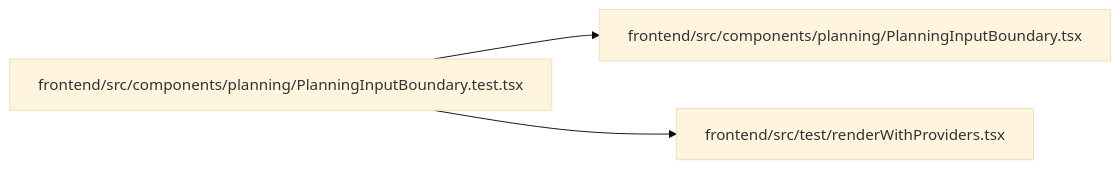
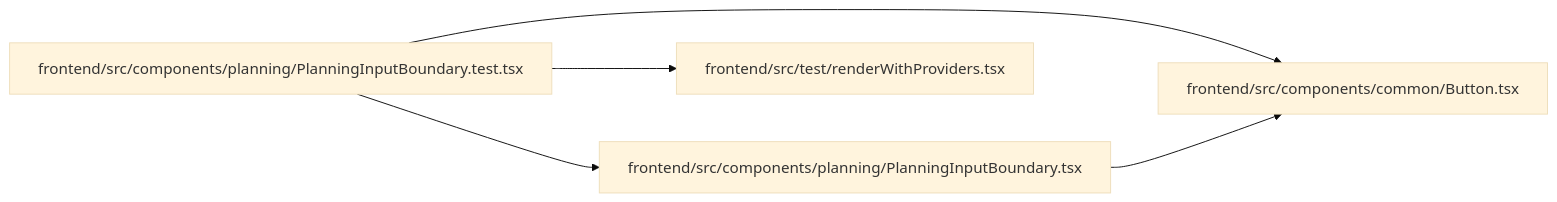
The diagram in docs/llm_wiki/modules/PlanningInputBoundary.test.md (Denissvgn/WorkChord), drawn with Mermaid (base theme) before and after one commit. The commit also changed other lines of this file and 2373 other files, not shown here.

````diff
--- a/docs/llm_wiki/modules/PlanningInputBoundary.test.md
+++ b/docs/llm_wiki/modules/PlanningInputBoundary.test.md
@@ -29,11 +30,15 @@
 ```mermaid
 flowchart LR
-    n0["frontend/src/components/planning/PlanningInputBoundary.test.tsx"]
-    n1["frontend/src/components/planning/PlanningInputBoundary.tsx"]
-    n2["frontend/src/test/renderWithProviders.tsx"]
-    n0 --> n1
-    n0 --> n2
-    click n0 "../modules/PlanningInputBoundary.test.md"
-    click n1 "../modules/PlanningInputBoundary.md"
-    click n2 "../modules/renderWithProviders.md"
+    n0["frontend/src/components/common/Button.tsx"]
+    n1["frontend/src/components/planning/PlanningInputBoundary.test.tsx"]
+    n2["frontend/src/components/planning/PlanningInputBoundary.tsx"]
+    n3["frontend/src/test/renderWithProviders.tsx"]
+    n1 --> n0
+    n1 --> n2
+    n1 --> n3
+    n2 --> n0
+    click n0 "../modules/Button.md"
+    click n1 "../modules/PlanningInputBoundary.test.md"
+    click n2 "../modules/PlanningInputBoundary.md"
+    click n3 "../modules/renderWithProviders.md"
 ```
````
